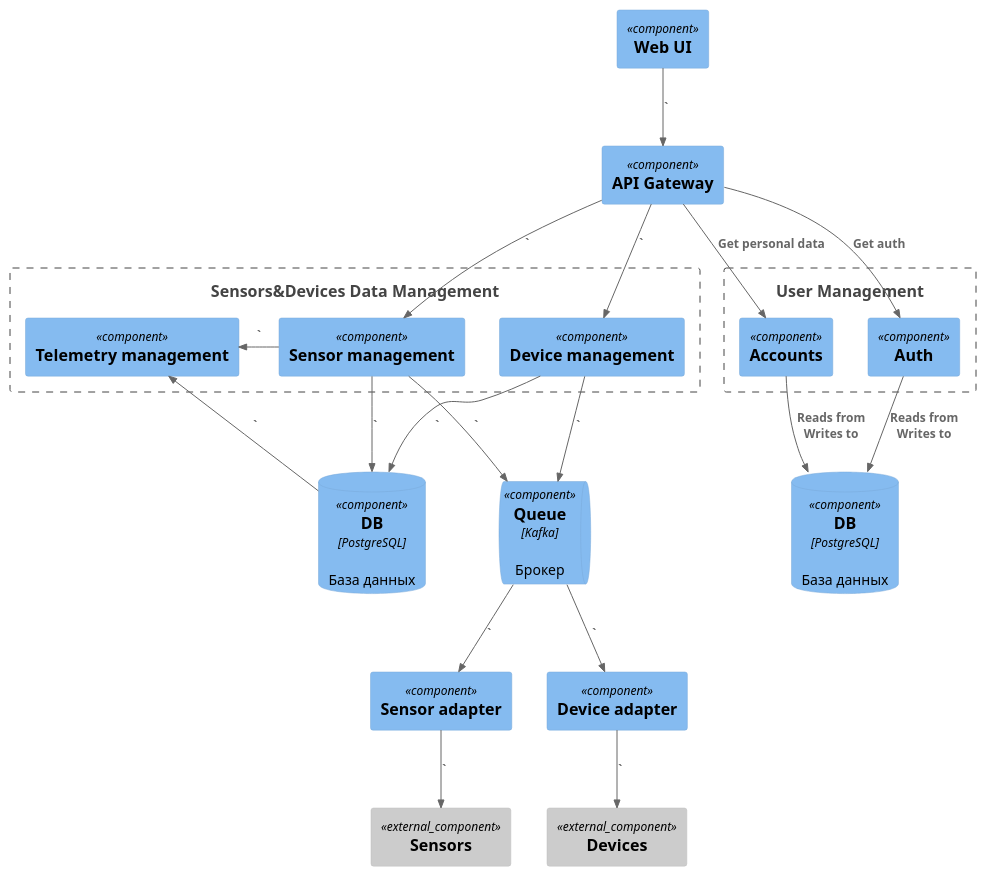
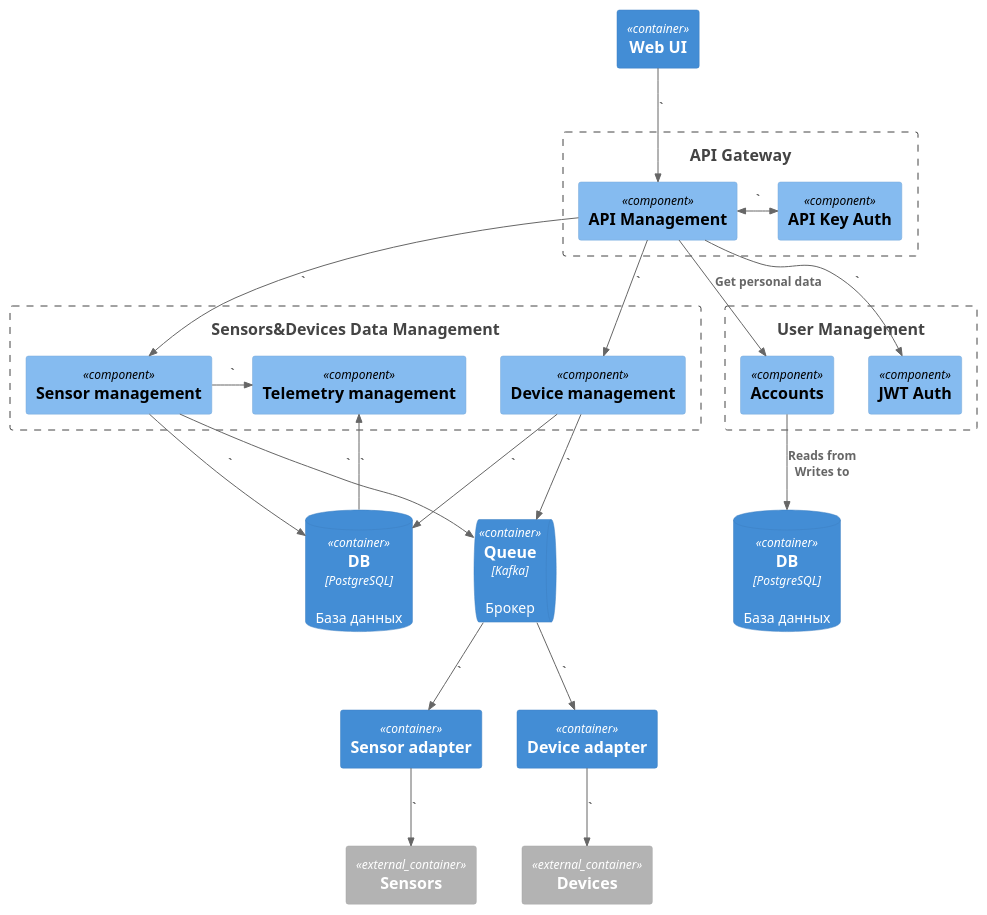
One commit to kvrasuli/architecture-sprint-3 changed the diagram in diagrams/component.puml. Above: the diagram before and after it, drawn with PlantUML. The commit also changed 2 other files, not shown here.

Commit message:
Fix diagrams

```diff
--- a/diagrams/component.puml
+++ b/diagrams/component.puml
@@ -1,45 +1,49 @@
 @startuml C4_Elements
 !include https://raw.githubusercontent.com/plantuml-stdlib/C4-PlantUML/master/C4_Component.puml
 
 Boundary(um, "User Management")  {
     Component(acc, "Accounts")
-    Component(auth, "Auth")
+    Component(tg, "JWT Auth")
 }
 
 Boundary(sd, "Sensors&Devices Data Management")  {
     Component(tm, "Telemetry management")
     Component(dm, "Device management")
     Component(sm, "Sensor management")
 }
+Boundary(agw, "API Gateway")  {
+    Component(auth, "API Key Auth")
+    Component(api_m, "API Management")
+}
 
-Component(web_ui, Web UI)
-Component(api_gw, API Gateway)
-Component(sensor_adapter, Sensor adapter)
-Component(device_adapter, Device adapter)
-Component_Ext(sensors, Sensors)
-Component_Ext(devices, Devices)
+Container(web_ui, Web UI)
+Container(sensor_adapter, Sensor adapter)
+Container(device_adapter, Device adapter)
+Container_Ext(sensors, Sensors)
+Container_Ext(devices, Devices)
 
-ComponentDb(users_db, "DB", "PostgreSQL", "База данных")
-ComponentDb(sensors_devices_db, "DB", "PostgreSQL", "База данных")
-ComponentQueue(queue, "Queue", "Kafka", "Брокер")
+ContainerDb(users_db, "DB", "PostgreSQL", "База данных")
+ContainerDb(sensors_devices_db, "DB", "PostgreSQL", "База данных")
+ContainerQueue(queue, "Queue", "Kafka", "Брокер")
 
-Rel(web_ui, api_gw, "`")
-Rel(api_gw, acc, "Get personal data")
-Rel(api_gw, auth, "Get auth")
-Rel(api_gw, sm, "`")
-Rel(api_gw, dm, "`")
+Rel(web_ui, api_m, "`")
+Rel(api_m, acc, "Get personal data")
+Rel(api_m, tg, "`")
+
+Rel(api_m, sm, "`")
+BiRel_L(auth, api_m, "`")
+Rel(api_m, dm, "`")
 Rel(sm, queue, "`")
 Rel(dm, queue, "`")
 
 Rel(dm, sensors_devices_db, "`")
 Rel(sm, sensors_devices_db, "`")
 Rel(sensors_devices_db, tm, "`")
 Rel(acc, users_db, "Reads from\nWrites to")
-Rel(auth, users_db, "Reads from\nWrites to")
 Rel_R(sm, tm, "`")
 Rel(queue, sensor_adapter, "`")
 Rel(queue, device_adapter, "`")
 Rel(sensor_adapter, sensors, "`")
 Rel(device_adapter, devices, "`")
 
 @enduml
```
